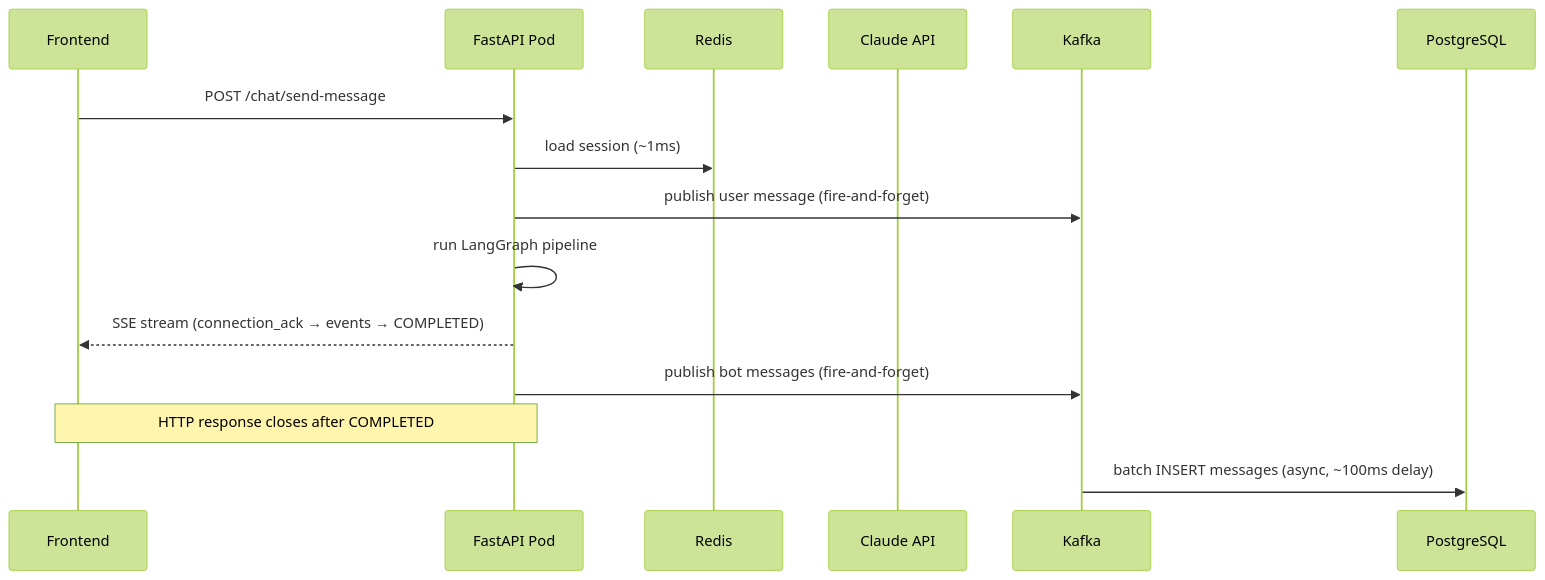
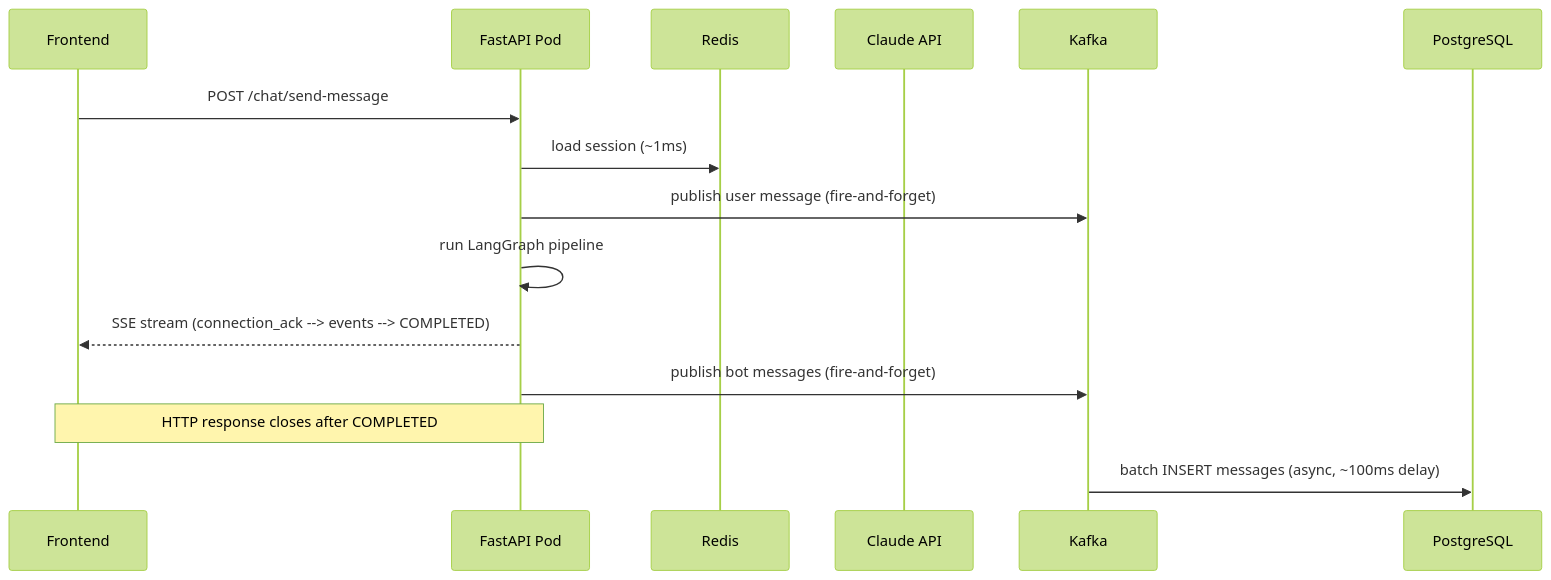
One commit to sachin-hg/chat-bot changed the second of 3 diagrams in docs/system-design.md. Above: the diagram before and after it, drawn with Mermaid (forest theme). The commit also changed other lines of this file and 15 other files, not shown here.

````diff
--- a/docs/system-design.md
+++ b/docs/system-design.md
@@ -168,18 +167,18 @@
 ```mermaid
 sequenceDiagram
     participant FE as Frontend
     participant App as FastAPI Pod
     participant RD as Redis
     participant LLM as Claude API
     participant KF as Kafka
     participant PG as PostgreSQL
 
     FE->>App: POST /chat/send-message
     App->>RD: load session (~1ms)
     App->>KF: publish user message (fire-and-forget)
     App->>App: run LangGraph pipeline
-    App-->>FE: SSE stream (connection_ack → events → COMPLETED)
+    App-->>FE: SSE stream (connection_ack --> events --> COMPLETED)
     App->>KF: publish bot messages (fire-and-forget)
     Note over App,FE: HTTP response closes after COMPLETED
     KF->>PG: batch INSERT messages (async, ~100ms delay)
 ```
````
